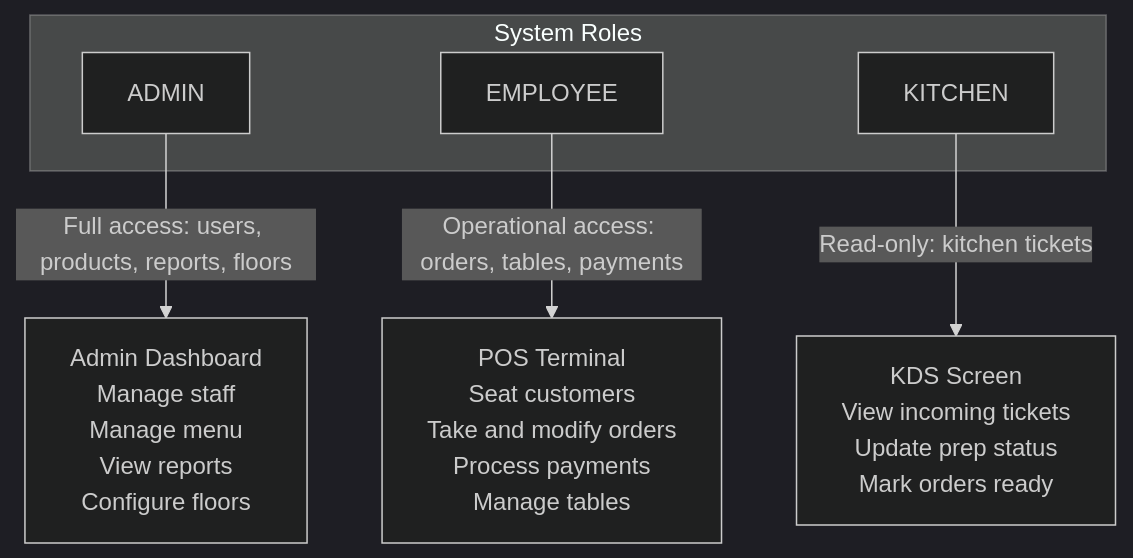
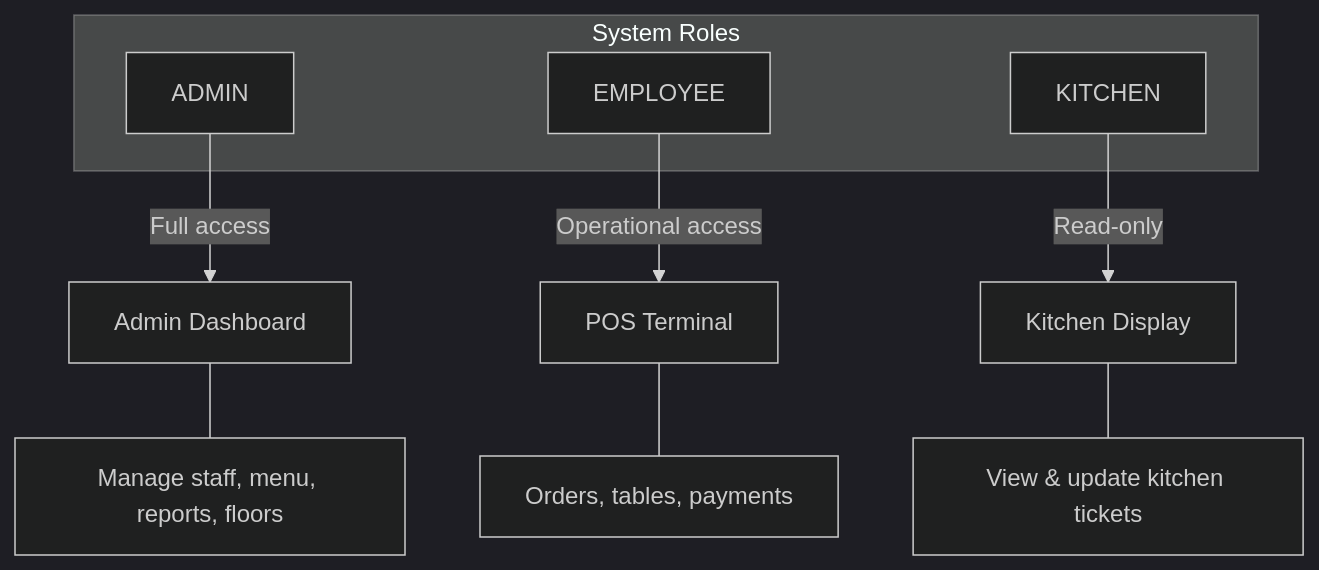
Before and after one commit to Team-Detroit/Odoo-Hack: the first of 5 diagrams in docs/project-overview.md, drawn with Mermaid (dark theme). The commit also changed other lines of this file and 5 other files, not shown here.

````diff
--- a/docs/project-overview.md
+++ b/docs/project-overview.md
@@ -37,14 +37,16 @@
 ```mermaid
 graph TD
     subgraph Roles["System Roles"]
         A["ADMIN"]
         B["EMPLOYEE"]
         C["KITCHEN"]
     end
 
-    A -->|"Full access: users, products, reports, floors"| SysA["Admin Dashboard<br/>Manage staff<br/>Manage menu<br/>View reports<br/>Configure floors"]
+    A -->|"Full access"| SysA["Admin Dashboard"]
+    B -->|"Operational access"| SysB["POS Terminal"]
+    C -->|"Read-only"| SysC["Kitchen Display"]
 
-    B -->|"Operational access: orders, tables, payments"| SysB["POS Terminal<br/>Seat customers<br/>Take and modify orders<br/>Process payments<br/>Manage tables"]
-
-    C -->|"Read-only: kitchen tickets"| SysC["KDS Screen<br/>View incoming tickets<br/>Update prep status<br/>Mark orders ready"]
+    SysA --- AA["Manage staff, menu, reports, floors"]
+    SysB --- BB["Orders, tables, payments"]
+    SysC --- CC["View & update kitchen tickets"]
 ```
````
